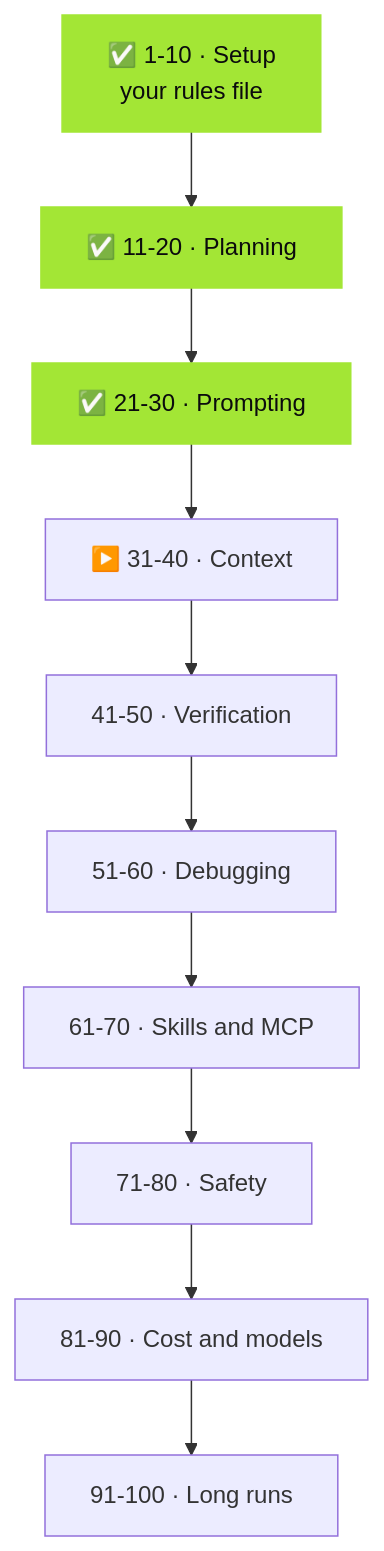
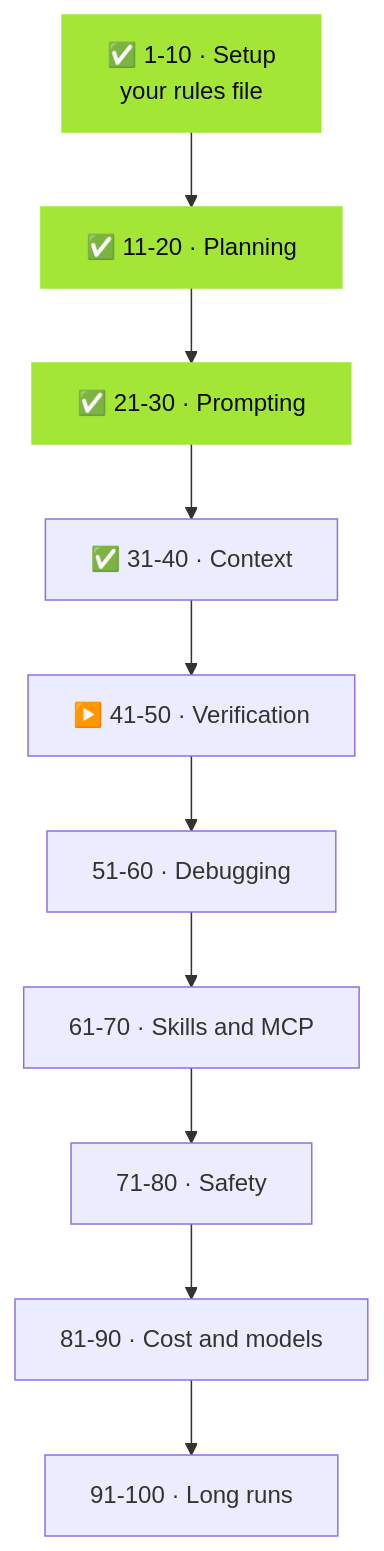
Before and after one commit to sebuzdugan/100-tricks-lab: the second of 2 diagrams in README.md, drawn with Mermaid. The commit also changed other lines of this file and 919 other files, not shown here.

````diff
--- a/README.md
+++ b/README.md
@@ -93,8 +96,8 @@
 ```mermaid
 flowchart TB
-  M1["✅ 1-10 · Setup<br>your rules file"] --> M2["✅ 11-20 · Planning"] --> M3["✅ 21-30 · Prompting"] --> M4["▶️ 31-40 · Context"] --> M5["41-50 · Verification"]
+  M1["✅ 1-10 · Setup<br>your rules file"] --> M2["✅ 11-20 · Planning"] --> M3["✅ 21-30 · Prompting"] --> M4["✅ 31-40 · Context"] --> M5["▶️ 41-50 · Verification"]
   M5 --> M6["51-60 · Debugging"] --> M7["61-70 · Skills and MCP"] --> M8["71-80 · Safety"] --> M9["81-90 · Cost and models"] --> M10["91-100 · Long runs"]
   style M1 fill:#A3E635,stroke:#A3E635,color:#0B0B0D
   style M2 fill:#A3E635,stroke:#A3E635,color:#0B0B0D
   style M3 fill:#A3E635,stroke:#A3E635,color:#0B0B0D
 ```
````
